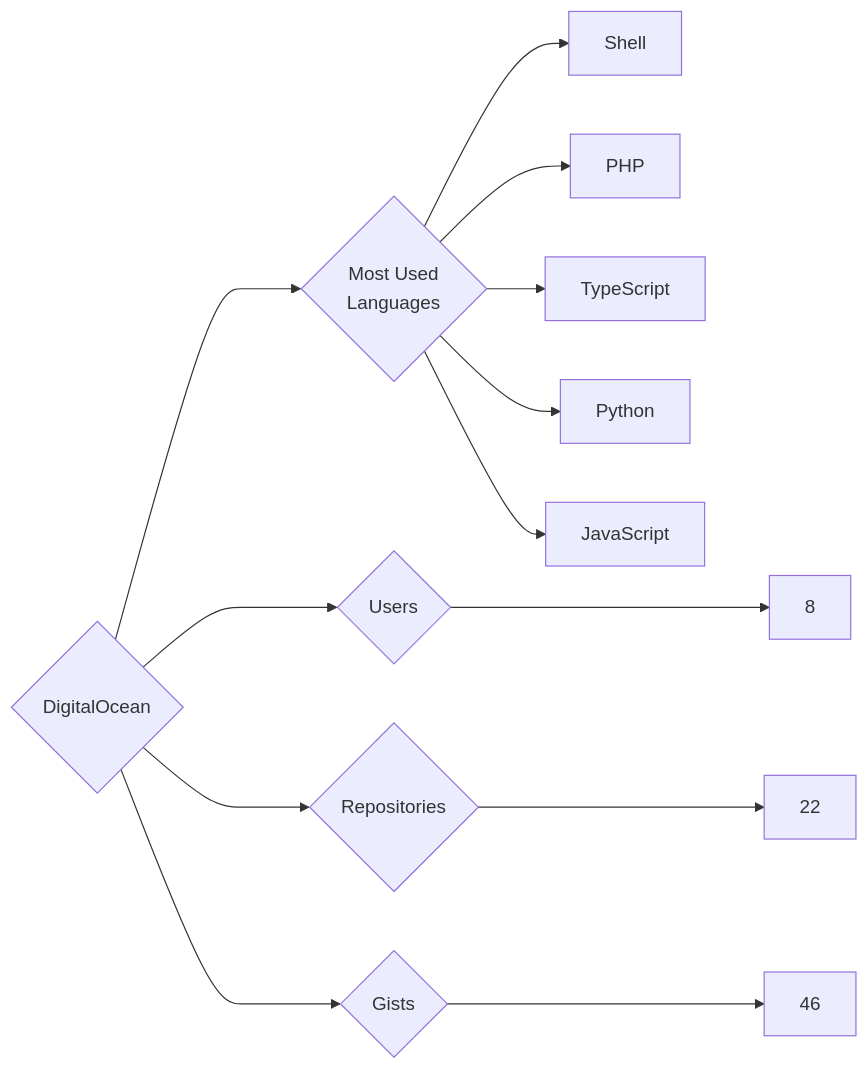
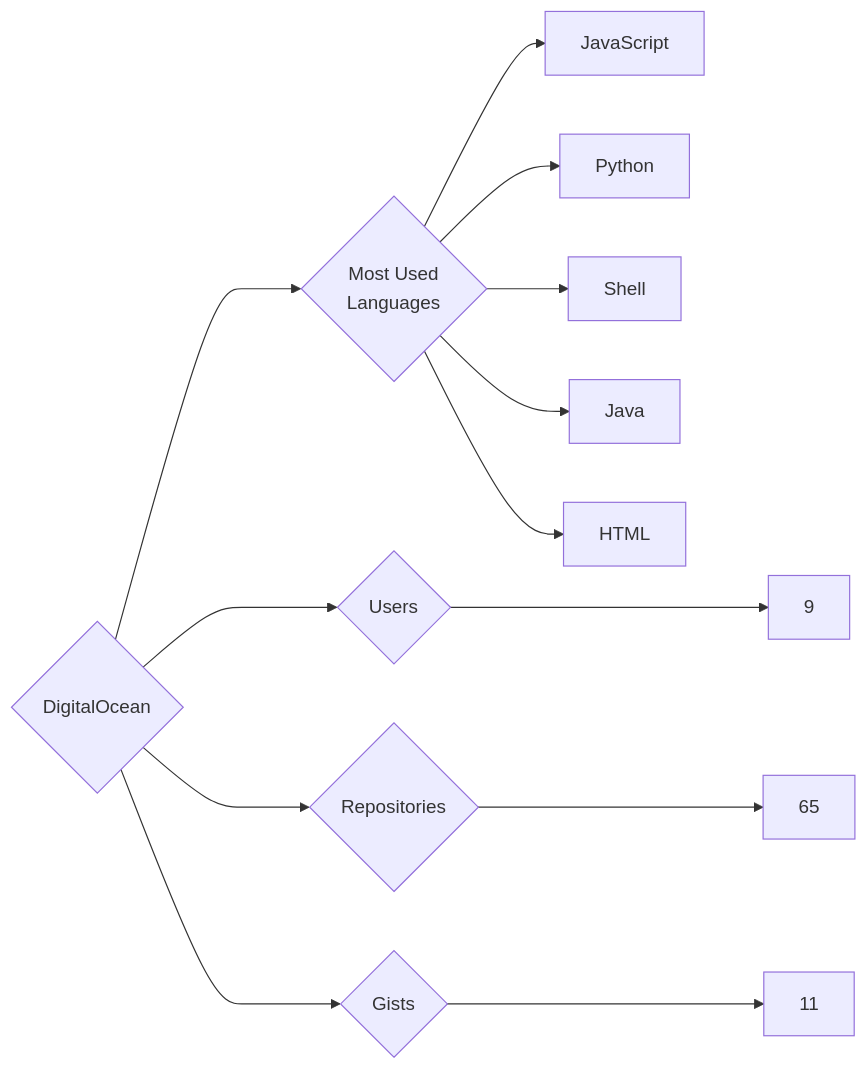
Before and after one commit to trickest/insiders: the diagram in targets/DigitalOcean/README.md, drawn with Mermaid. The commit also changed 611 other files, not shown here.

````diff
--- a/targets/DigitalOcean/README.md
+++ b/targets/DigitalOcean/README.md
@@ -3,13 +3,13 @@
 ```mermaid
 graph LR
 COMPANY_NAME{DigitalOcean}
-COMPANY_NAME ---> U{Users} ---> UN[8]
-COMPANY_NAME ---> R{Repositories} ---> RN[22]
-COMPANY_NAME ---> G{Gists} ---> GN[46]
+COMPANY_NAME ---> U{Users} ---> UN[9]
+COMPANY_NAME ---> R{Repositories} ---> RN[65]
+COMPANY_NAME ---> G{Gists} ---> GN[11]
 COMPANY_NAME ---> ML{Most Used<br>Languages}
+ML --> JavaScript[JavaScript]
+ML --> Python[Python]
 ML --> Shell[Shell]
-ML --> PHP[PHP]
-ML --> TypeScript[TypeScript]
-ML --> Python[Python]
-ML --> JavaScript[JavaScript]
+ML --> Java[Java]
+ML --> HTML[HTML]
 ```
````
